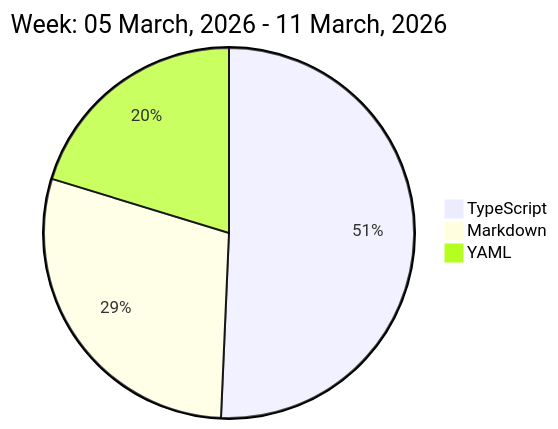
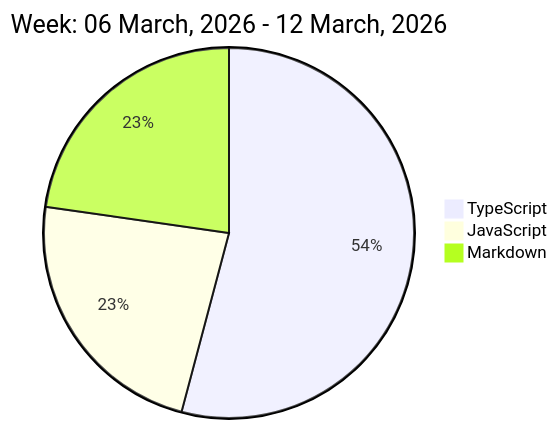
One commit to liubin95/liubin95 changed the diagram in README.md. Above: the diagram before and after it, drawn with Mermaid.

Commit message:
Updated the Graph with new Metrics

````diff
--- a/README.md
+++ b/README.md
@@ -32,7 +32,7 @@
 ```mermaid
  pie
-title Week: 05 March, 2026 - 11 March, 2026
- "TypeScript" : 6.25
- "Markdown" : 3.58
- "YAML" : 2.5
+title Week: 06 March, 2026 - 12 March, 2026
+ "TypeScript" : 6.95
+ "JavaScript" : 2.97
+ "Markdown" : 2.92
 ```
````
